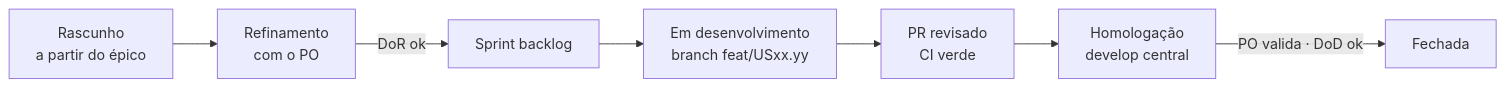
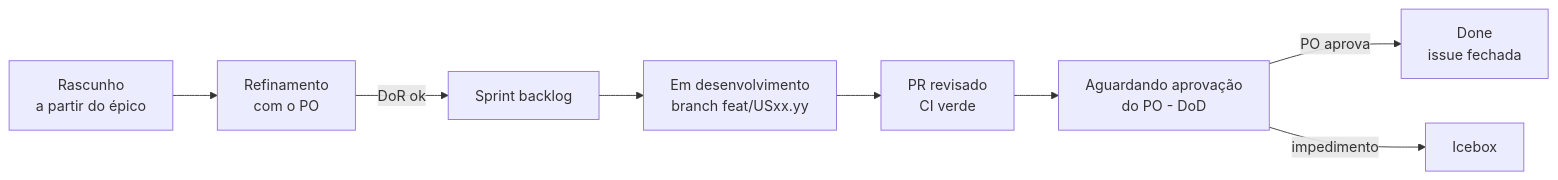
The diagram in docs/processo/historia-de-usuario.mdx (fga-eps-mds/2026.2-MeasureSoftGram-DOC), drawn with Mermaid before and after one commit. The commit also changed other lines of this file and 2 other files, not shown here.

Commit message:
docs(processo): quadro do Zenhub com aprovação do PO, Done e Icebox
Claude-Session: https://claude.ai/code/session_016oarFBt1wR8xiBegHgvY6S

````diff
--- a/docs/processo/historia-de-usuario.mdx
+++ b/docs/processo/historia-de-usuario.mdx
@@ -19,9 +19,10 @@
 ```mermaid
 flowchart LR
   A[Rascunho<br/>a partir do épico] --> B[Refinamento<br/>com o PO]
   B -->|DoR ok| C[Sprint backlog]
   C --> D[Em desenvolvimento<br/>branch feat/USxx.yy]
   D --> E[PR revisado<br/>CI verde]
-  E --> F[Homologação<br/>develop central]
-  F -->|PO valida · DoD ok| G[Fechada]
+  E --> F[Aguardando aprovação<br/>do PO - DoD]
+  F -->|PO aprova| G[Done<br/>issue fechada]
+  F -->|impedimento| H[Icebox]
 ```
````
